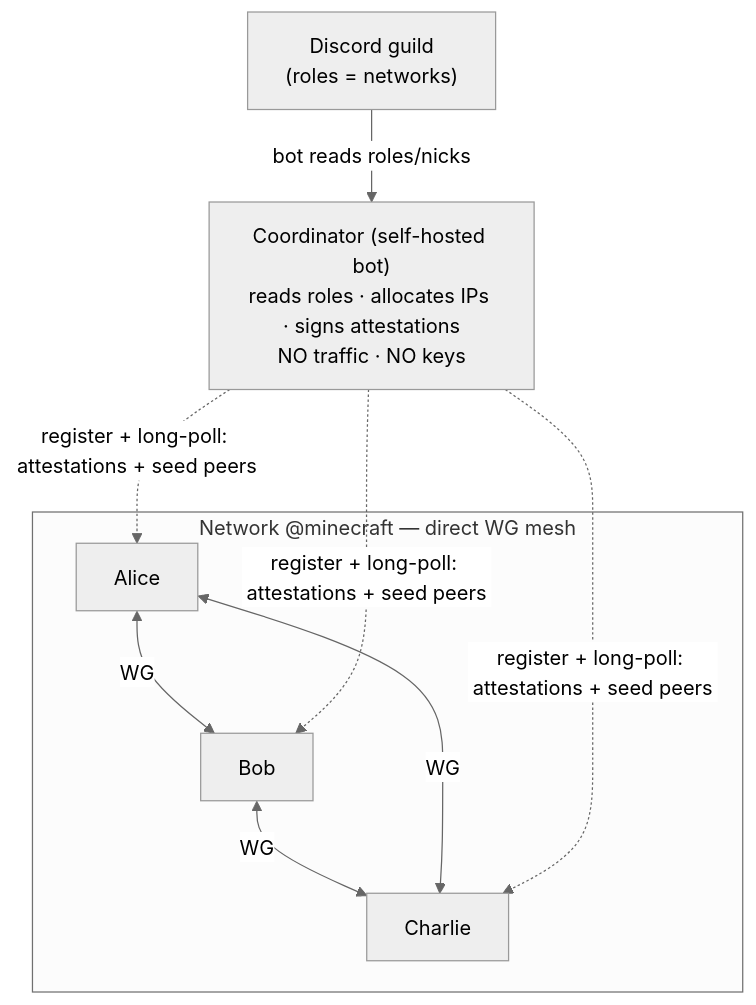
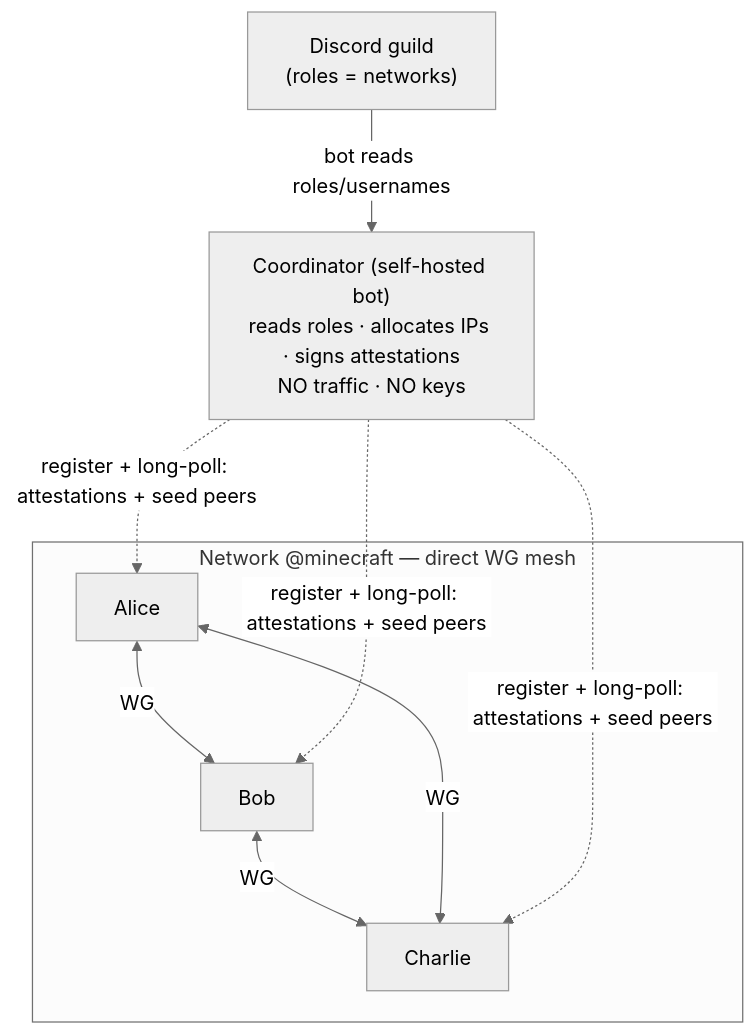
Before and after one commit to gtosh4/unity_lan: the second of 2 diagrams in docs/design.md, drawn with Mermaid (neutral theme). The commit also changed other lines of this file and 53 other files, not shown here.

````diff
--- a/docs/design.md
+++ b/docs/design.md
@@ -537,17 +575,17 @@
 ```mermaid
 flowchart TB
     D["Discord guild<br/>(roles = networks)"]
     B["Coordinator (self-hosted bot)<br/>reads roles · allocates IPs · signs attestations<br/>NO traffic · NO keys"]
-    D -->|bot reads roles/nicks| B
+    D -->|bot reads roles/usernames| B
     subgraph MESH["Network @minecraft — direct WG mesh"]
         A["Alice"]
         Bo["Bob"]
         Ch["Charlie"]
         A <-->|WG| Bo
         Bo <-->|WG| Ch
         A <-->|WG| Ch
     end
     B -.->|register + long-poll: attestations + seed peers| A
     B -.->|register + long-poll: attestations + seed peers| Bo
     B -.->|register + long-poll: attestations + seed peers| Ch
 ```
````
